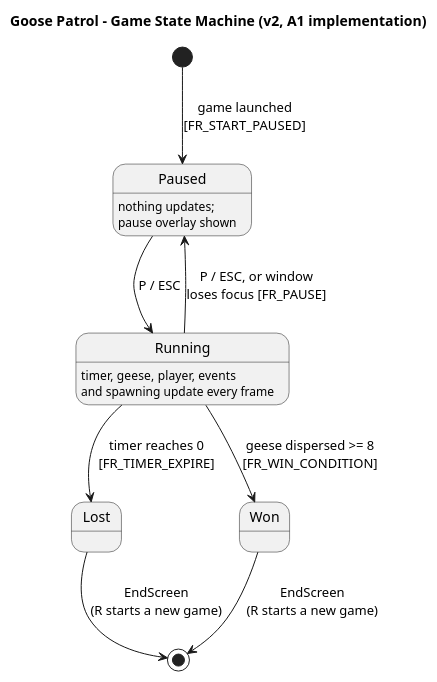
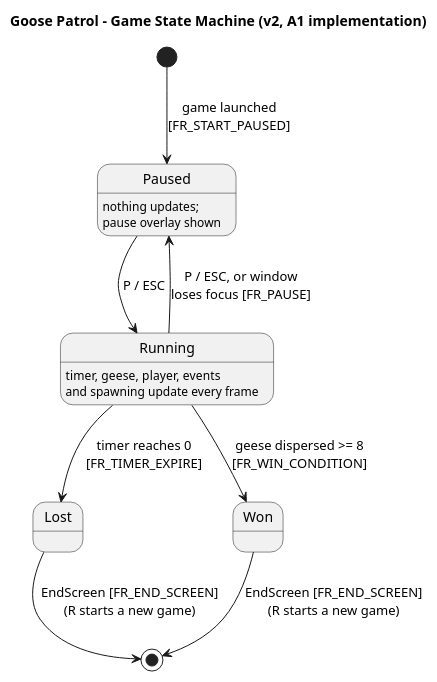
One commit to dns2jtm/Eng1_Project_Team8 changed the diagram in architecture/v2/3-state-game.puml. Above: the diagram before and after it, drawn with PlantUML. The commit also changed 16 other files, not shown here.

First line of the commit message:
Update diagrams, traceability and docs for Req1 alignment

```diff
--- a/architecture/v2/3-state-game.puml
+++ b/architecture/v2/3-state-game.puml
@@ -1,12 +1,12 @@
 @startuml state-game
 title Goose Patrol - Game State Machine (v2, A1 implementation)
 [*] --> Paused : game launched\n[FR_START_PAUSED]
 Paused --> Running : P / ESC
 Running --> Paused : P / ESC, or window\nloses focus [FR_PAUSE]
 Running --> Lost : timer reaches 0\n[FR_TIMER_EXPIRE]
 Running --> Won : geese dispersed >= 8\n[FR_WIN_CONDITION]
 Running : timer, geese, player, events\nand spawning update every frame
 Paused : nothing updates;\npause overlay shown
-Won --> [*] : EndScreen\n(R starts a new game)
-Lost --> [*] : EndScreen\n(R starts a new game)
+Won --> [*] : EndScreen [FR_END_SCREEN]\n(R starts a new game)
+Lost --> [*] : EndScreen [FR_END_SCREEN]\n(R starts a new game)
 @enduml
```
